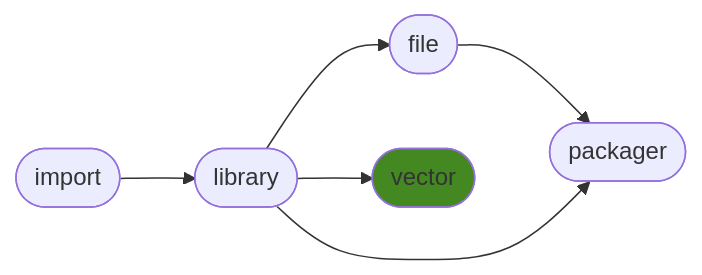
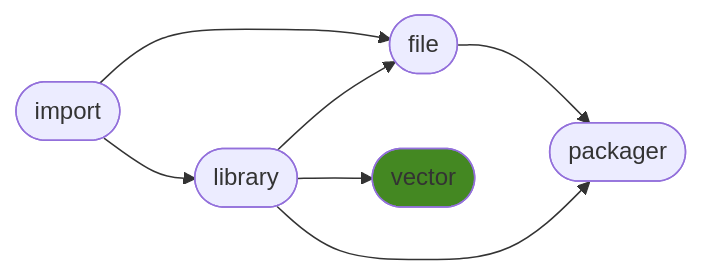
Before and after one commit to ManderaGeneral/generalvector: the diagram in README.md, drawn with Mermaid. The commit also changed other lines of this file, not shown here.

````diff
--- a/README.md
+++ b/README.md
@@ -16,14 +16,15 @@
 ```mermaid
 flowchart LR
 2([file]) --> 4([packager])
+1([library]) --> 4([packager])
 0([import]) --> 1([library])
-1([library]) --> 4([packager])
+0([import]) --> 2([file])
+1([library]) --> 2([file])
 1([library]) --> 3([vector])
-1([library]) --> 2([file])
 click 0 "https://github.com/ManderaGeneral/generalimport"
 click 1 "https://github.com/ManderaGeneral/generallibrary"
 click 2 "https://github.com/ManderaGeneral/generalfile"
 click 3 "https://github.com/ManderaGeneral/generalvector"
 click 4 "https://github.com/ManderaGeneral/generalpackager"
 style 3 fill:#482
 ```
````
